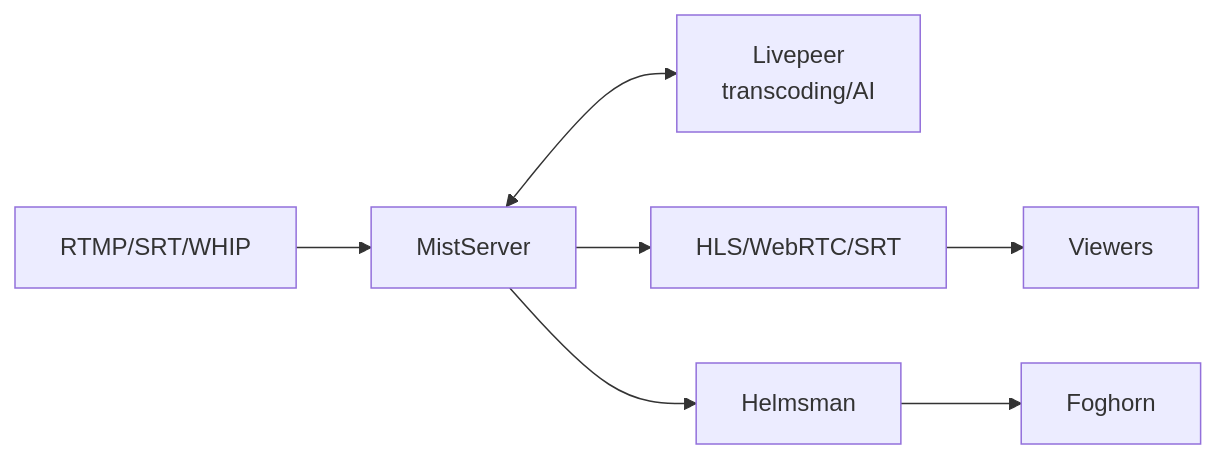
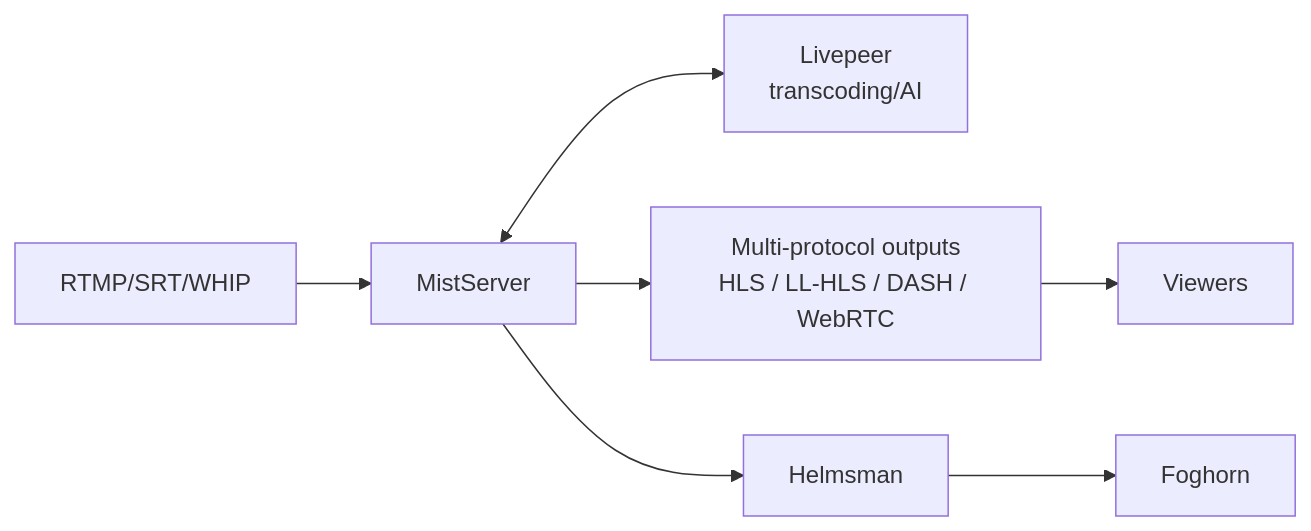
Before and after one commit to Livepeer-FrameWorks/monorepo: the third of 5 diagrams in website_docs/src/content/docs/operators/architecture.mdx, drawn with Mermaid. The commit also changed other lines of this file and 33 other files, not shown here.

````diff
--- a/website_docs/src/content/docs/operators/architecture.mdx
+++ b/website_docs/src/content/docs/operators/architecture.mdx
@@ -204,9 +204,9 @@
 ```mermaid
 graph LR
     IN[RTMP/SRT/WHIP] --> MS[MistServer]
     MS <--> LP[Livepeer<br/>transcoding/AI]
-    MS --> OUT[HLS/WebRTC/SRT]
+    MS --> OUT[Multi-protocol outputs<br/>HLS / LL-HLS / DASH / WebRTC]
     OUT --> V[Viewers]
     MS --> H[Helmsman]
     H --> F[Foghorn]
 ```
````
